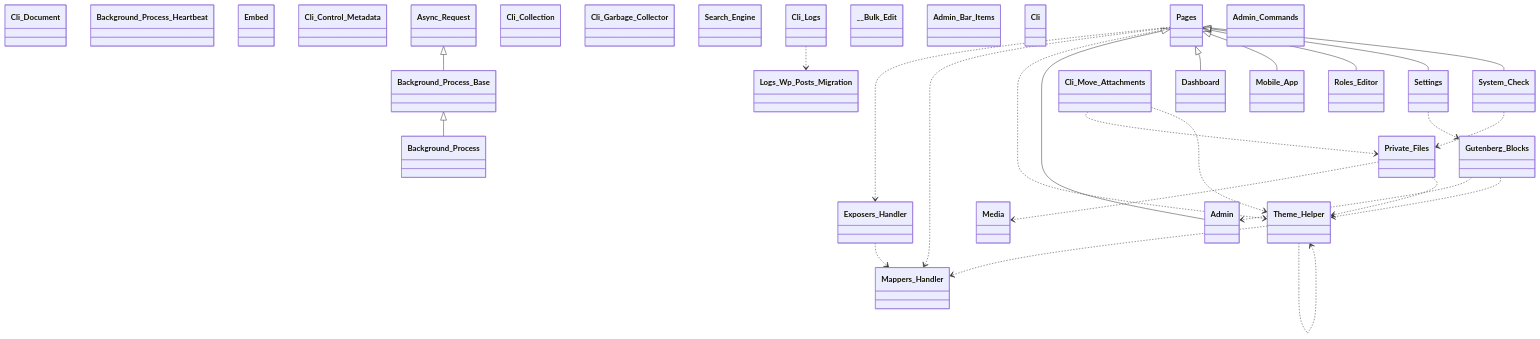
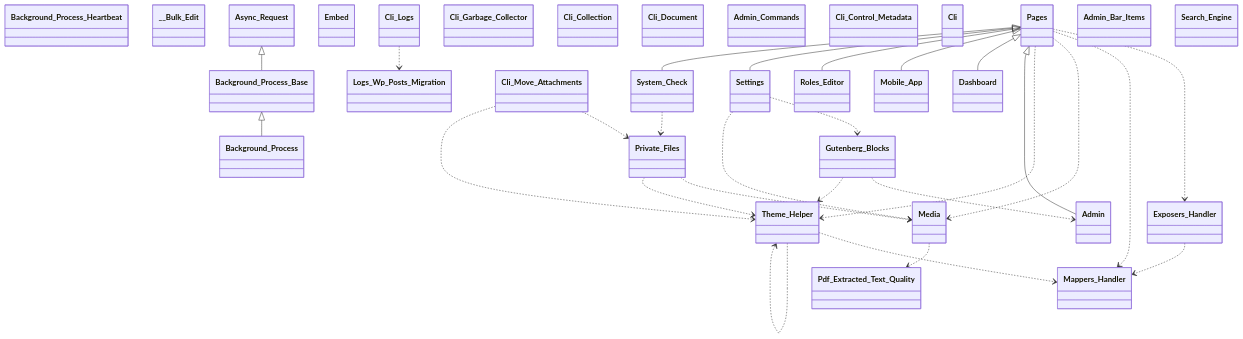
The diagram in docs/diagrams/tainacan-namespace-Tainacan.mmd (tainacan/tainacan), drawn with Mermaid before and after one commit. The commit also changed 79 other files, not shown here.

```diff
--- a/docs/diagrams/tainacan-namespace-Tainacan.mmd
+++ b/docs/diagrams/tainacan-namespace-Tainacan.mmd
@@ -1,55 +1,59 @@
 classDiagram
     direction TB
-    class Dashboard { }
-    class Exposers_Handler { }
-    class Cli_Document { }
     class Background_Process_Heartbeat { }
-    class Media { }
+    class Private_Files { }
+    class __Bulk_Edit { }
+    class Async_Request { }
+    class Roles_Editor { }
+    class Mappers_Handler { }
+    class System_Check { }
     class Embed { }
-    class Admin { }
-    class Cli_Control_Metadata { }
     class Background_Process { }
-    class Settings { }
-    class Pages { }
-    class Roles_Editor { }
-    class Cli_Collection { }
-    class Cli_Garbage_Collector { }
-    class Search_Engine { }
-    class Async_Request { }
-    class Theme_Helper { }
-    class Background_Process_Base { }
-    class Mappers_Handler { }
-    class Mobile_App { }
-    class __Bulk_Edit { }
-    class Admin_Bar_Items { }
-    class Cli { }
-    class Private_Files { }
-    class Gutenberg_Blocks { }
+    class Cli_Move_Attachments { }
     class Logs_Wp_Posts_Migration { }
     class Cli_Logs { }
+    class Gutenberg_Blocks { }
+    class Cli_Garbage_Collector { }
+    class Cli_Collection { }
+    class Admin { }
+    class Background_Process_Base { }
+    class Mobile_App { }
+    class Cli_Document { }
+    class Settings { }
     class Admin_Commands { }
-    class Cli_Move_Attachments { }
-    class System_Check { }
+    class Cli_Control_Metadata { }
+    class Pdf_Extracted_Text_Quality { }
+    class Cli { }
+    class Theme_Helper { }
+    class Pages { }
+    class Dashboard { }
+    class Admin_Bar_Items { }
+    class Media { }
+    class Search_Engine { }
+    class Exposers_Handler { }
     Async_Request <|-- Background_Process_Base
     Background_Process_Base <|-- Background_Process
     Cli_Logs ..> Logs_Wp_Posts_Migration
     Cli_Move_Attachments ..> Private_Files
     Cli_Move_Attachments ..> Theme_Helper
     Exposers_Handler ..> Mappers_Handler
     Gutenberg_Blocks ..> Admin
     Gutenberg_Blocks ..> Theme_Helper
+    Media ..> Pdf_Extracted_Text_Quality
     Pages ..> Exposers_Handler
     Pages ..> Mappers_Handler
+    Pages ..> Media
     Pages ..> Theme_Helper
     Pages <|-- Admin
     Pages <|-- Dashboard
     Pages <|-- Mobile_App
     Pages <|-- Roles_Editor
     Pages <|-- Settings
     Pages <|-- System_Check
     Private_Files ..> Media
     Private_Files ..> Theme_Helper
     Settings ..> Gutenberg_Blocks
+    Settings ..> Media
     System_Check ..> Private_Files
     Theme_Helper ..> Mappers_Handler
     Theme_Helper ..> Theme_Helper
```
